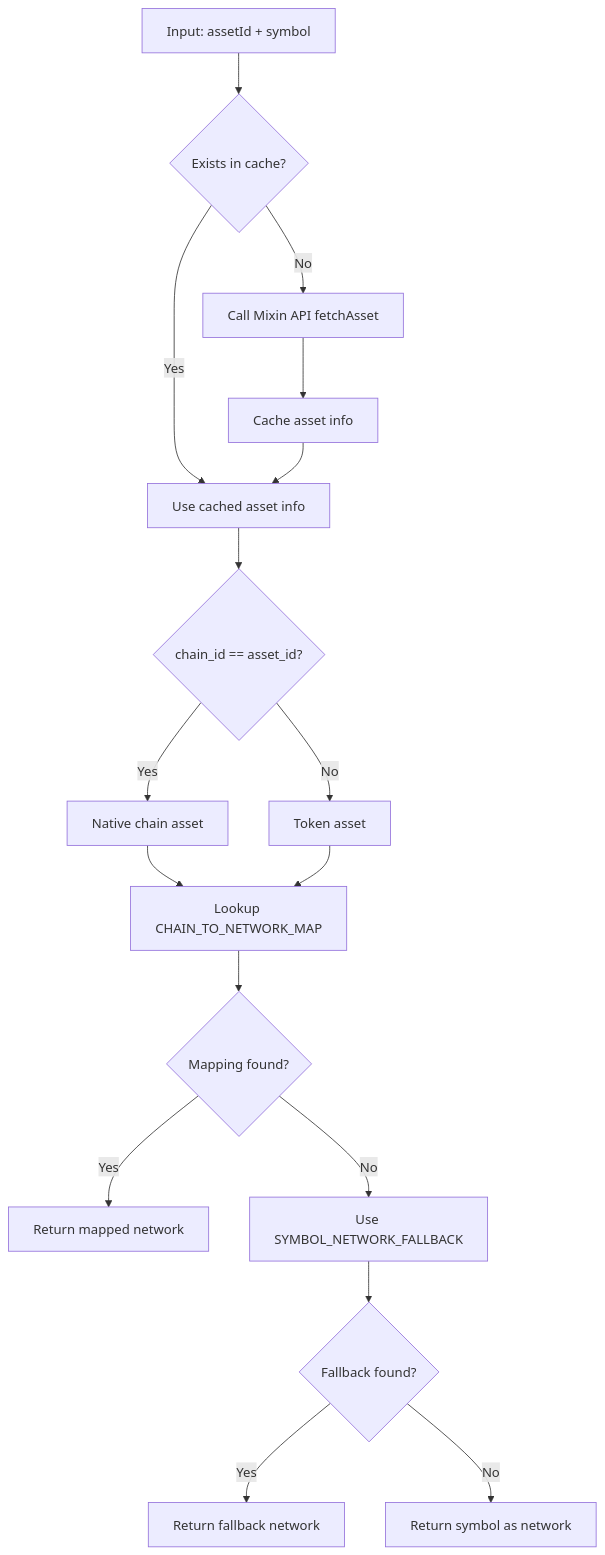
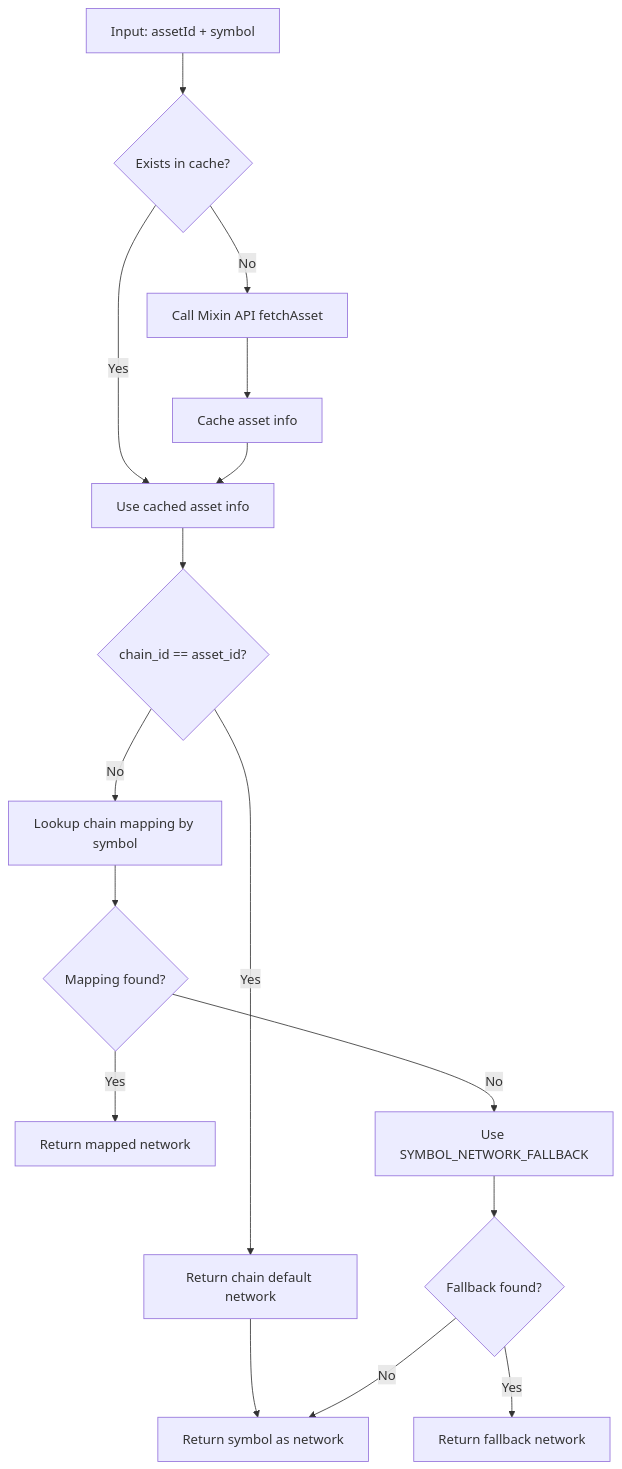
One commit to zed-wong/Mr.Market changed the diagram in docs/operations/runtime/network-mapping-guide.md. Above: the diagram before and after it, drawn with Mermaid. The commit also changed other lines of this file and 8 other files, not shown here.

````diff
--- a/docs/operations/runtime/network-mapping-guide.md
+++ b/docs/operations/runtime/network-mapping-guide.md
@@ -52,19 +55,18 @@
 ```mermaid
 graph TD
     A[Input: assetId + symbol] --> B{Exists in cache?}
     B -->|Yes| C[Use cached asset info]
     B -->|No| D[Call Mixin API fetchAsset]
     D --> E[Cache asset info]
     E --> C
     C --> F{chain_id == asset_id?}
-    F -->|Yes| G[Native chain asset]
-    F -->|No| H[Token asset]
-    G --> I[Lookup CHAIN_TO_NETWORK_MAP]
-    H --> I
-    I --> J{Mapping found?}
-    J -->|Yes| K[Return mapped network]
-    J -->|No| L[Use SYMBOL_NETWORK_FALLBACK]
+    F -->|Yes| G[Return chain default network]
+    F -->|No| H[Lookup chain mapping by symbol]
+    G --> O
+    H --> I{Mapping found?}
+    I -->|Yes| J[Return mapped network]
+    I -->|No| L[Use SYMBOL_NETWORK_FALLBACK]
     L --> M{Fallback found?}
     M -->|Yes| N[Return fallback network]
     M -->|No| O[Return symbol as network]
 ```
````
